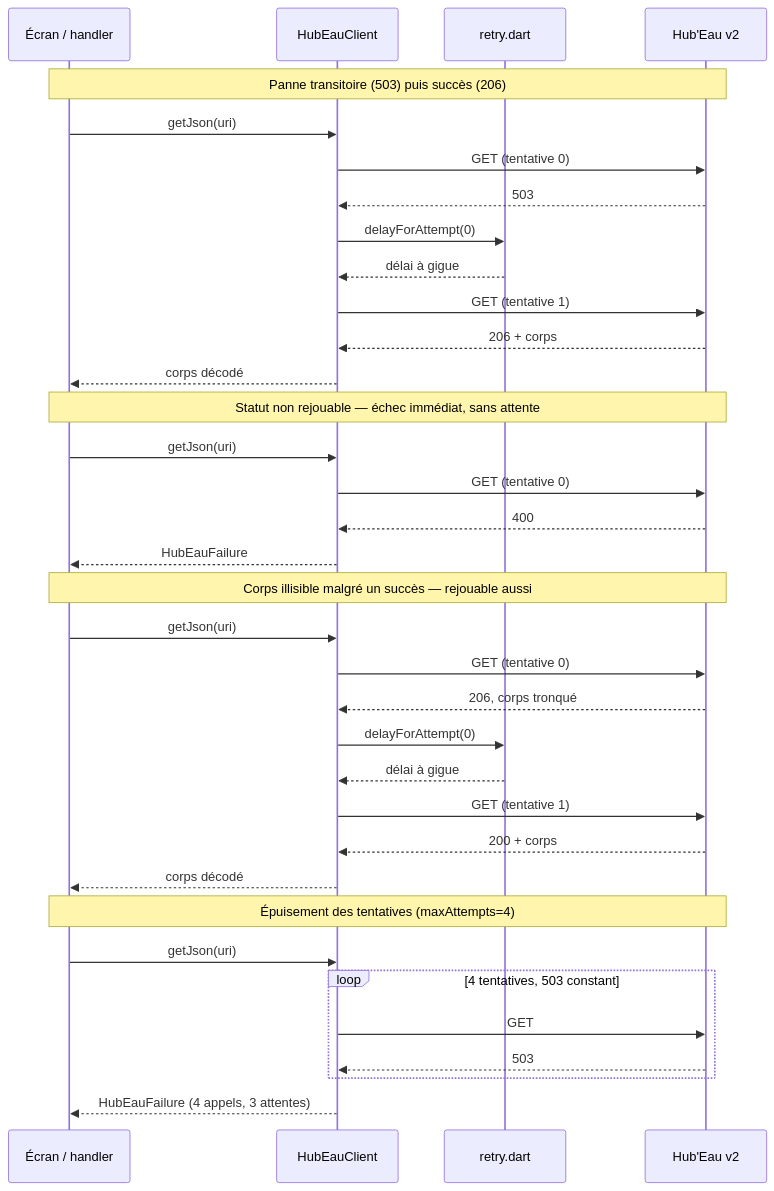
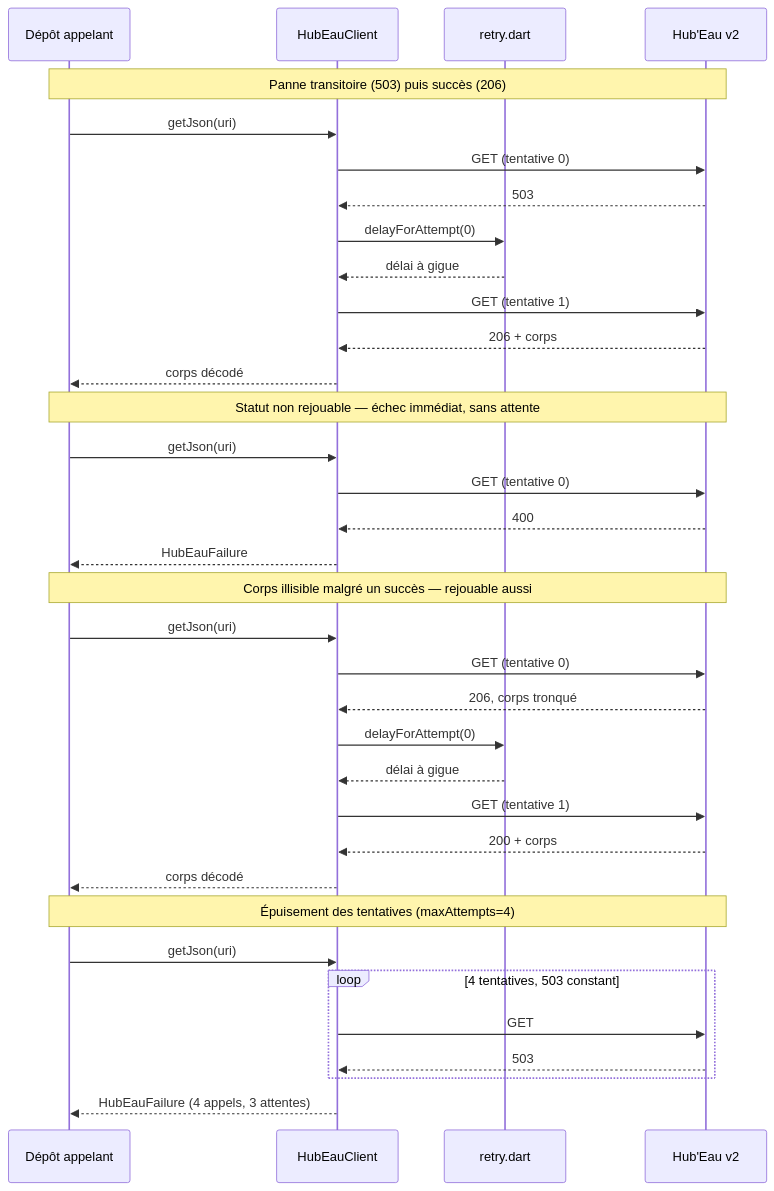
One commit to HubEauContrib/MartinPecheur changed the diagram in docs/sources/hubeau-hydrometrie.md. Above: the diagram before and after it, drawn with Mermaid. The commit also changed other lines of this file and 105 other files, not shown here.

````diff
--- a/docs/sources/hubeau-hydrometrie.md
+++ b/docs/sources/hubeau-hydrometrie.md
@@ -40,37 +40,37 @@
 ```mermaid
 sequenceDiagram
-    participant Écran as Écran / handler
+    participant Écran as Dépôt appelant
     participant Client as HubEauClient
     participant Retry as retry.dart
     participant API as Hub'Eau v2
     Note over Écran,API: Panne transitoire (503) puis succès (206)
     Écran->>Client: getJson(uri)
     Client->>API: GET (tentative 0)
     API-->>Client: 503
     Client->>Retry: delayForAttempt(0)
     Retry-->>Client: délai à gigue
     Client->>API: GET (tentative 1)
     API-->>Client: 206 + corps
     Client-->>Écran: corps décodé
     Note over Écran,API: Statut non rejouable — échec immédiat, sans attente
     Écran->>Client: getJson(uri)
     Client->>API: GET (tentative 0)
     API-->>Client: 400
     Client-->>Écran: HubEauFailure
     Note over Écran,API: Corps illisible malgré un succès — rejouable aussi
     Écran->>Client: getJson(uri)
     Client->>API: GET (tentative 0)
     API-->>Client: 206, corps tronqué
     Client->>Retry: delayForAttempt(0)
     Retry-->>Client: délai à gigue
     Client->>API: GET (tentative 1)
     API-->>Client: 200 + corps
     Client-->>Écran: corps décodé
     Note over Écran,API: Épuisement des tentatives (maxAttempts=4)
     Écran->>Client: getJson(uri)
     loop 4 tentatives, 503 constant
         Client->>API: GET
         API-->>Client: 503
     end
     Client-->>Écran: HubEauFailure (4 appels, 3 attentes)
 ```
````
